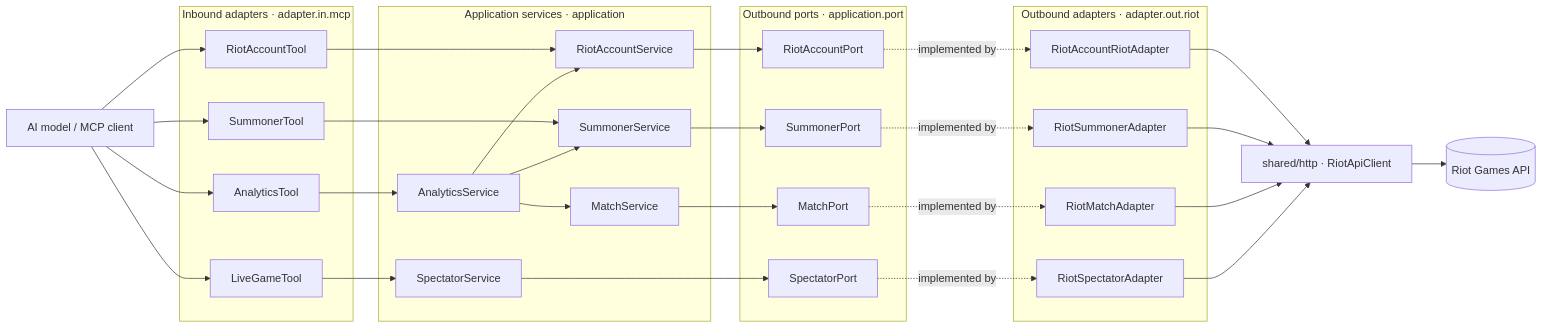
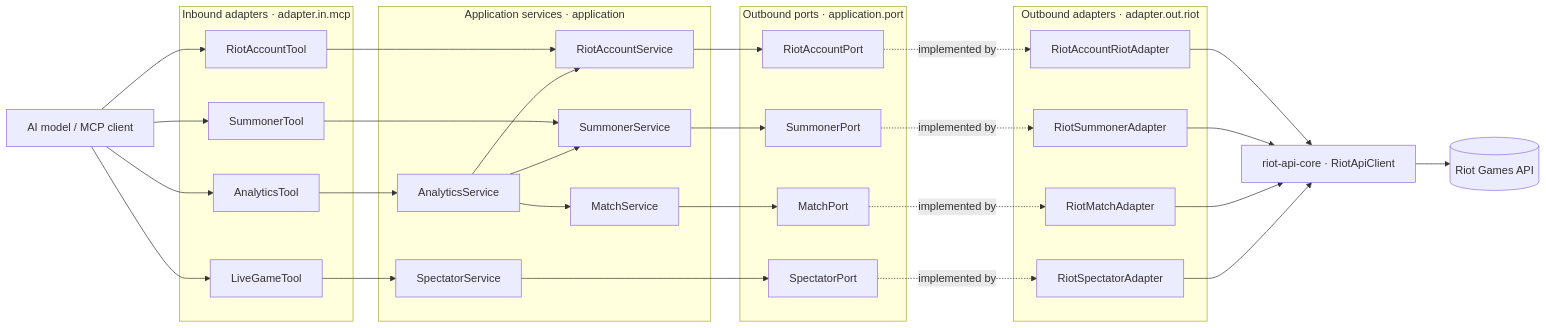
Before and after one commit to Muddl/riot-api-mcp-server: the diagram in README.md, drawn with Mermaid. The commit also changed other lines of this file and 14 other files, not shown here.

Commit message:
docs: document the monorepo split (ADR-0006, CLAUDE.md, ARCHITECTURE, CHANGELOG)

````diff
--- a/README.md
+++ b/README.md
@@ -25,53 +31,53 @@
 ```mermaid
 flowchart LR
     AI["AI model / MCP client"]
 
     subgraph in["Inbound adapters · adapter.in.mcp"]
         AT["RiotAccountTool"]
         ST["SummonerTool"]
         LT["LiveGameTool"]
         NT["AnalyticsTool"]
     end
 
     subgraph app["Application services · application"]
         AS["RiotAccountService"]
         SS["SummonerService"]
         MS["MatchService"]
         PS["SpectatorService"]
         NS["AnalyticsService"]
     end
 
     subgraph port["Outbound ports · application.port"]
         AP["RiotAccountPort"]
         SP["SummonerPort"]
         MP["MatchPort"]
         SPP["SpectatorPort"]
     end
 
     subgraph out["Outbound adapters · adapter.out.riot"]
         AA["RiotAccountRiotAdapter"]
         SA["RiotSummonerAdapter"]
         MA["RiotMatchAdapter"]
         SPA["RiotSpectatorAdapter"]
     end
 
-    RC["shared/http · RiotApiClient"]
+    RC["riot-api-core · RiotApiClient"]
     RIOT[("Riot Games API")]
 
     AI --> AT & ST & LT & NT
     AT --> AS
     ST --> SS
     LT --> PS
     NT --> NS
     NS --> AS & SS & MS
     AS --> AP
     SS --> SP
     MS --> MP
     PS --> SPP
     AP -. implemented by .-> AA
     SP -. implemented by .-> SA
     MP -. implemented by .-> MA
     SPP -. implemented by .-> SPA
     AA & SA & MA & SPA --> RC
     RC --> RIOT
 ```
````
